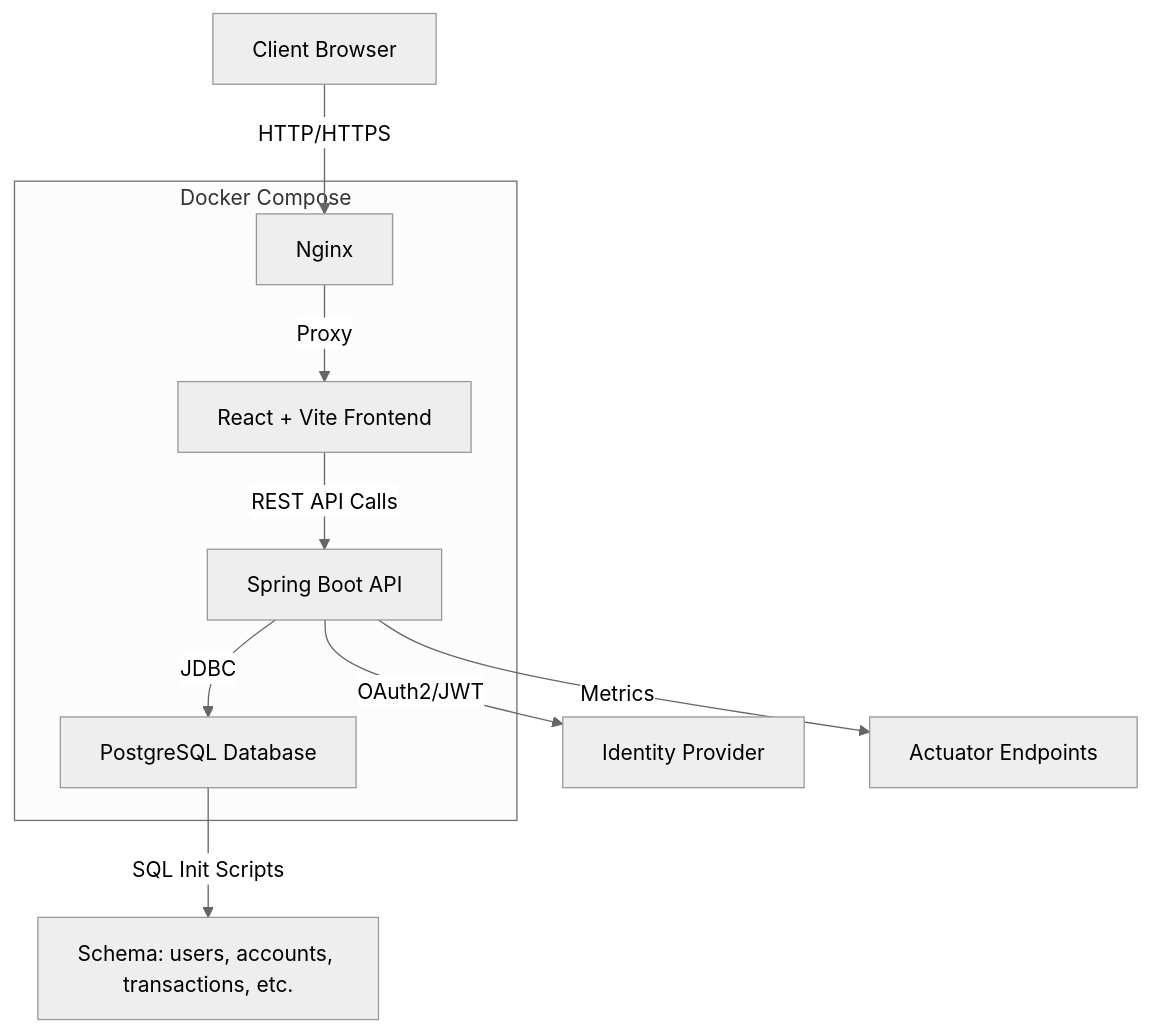
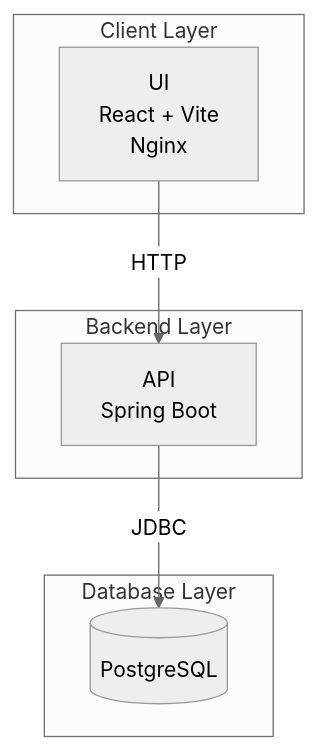
The diagram in README.markdown (bimishra/personal-finance-app), drawn with Mermaid (neutral theme) before and after one commit.

````diff
--- a/README.markdown
+++ b/README.markdown
@@ -46,17 +46,18 @@
 ```mermaid
-graph TD
-    A[Client Browser] -->|HTTP/HTTPS| B[Nginx]
-    B -->|Proxy| C[React + Vite Frontend]
-    C -->|REST API Calls| D[Spring Boot API]
-    D -->|JDBC| E[PostgreSQL Database]
-    D -->|OAuth2/JWT| F[Identity Provider]
-    D -->|Metrics| G[Actuator Endpoints]
-    E -->|SQL Init Scripts| H[Schema: users, accounts, transactions, etc.]
+flowchart TD
+    subgraph Client [Client Layer]
+        UI[UI<br/>React + Vite<br/>Nginx]
+    end
 
-    subgraph Docker Compose
-        B
-        C
-        D
-        E
+    subgraph Backend [Backend Layer]
+        API[API<br/>Spring Boot]
     end
+
+    subgraph Database [Database Layer]
+        DB[(PostgreSQL)]
+    end
+
+    UI -->|HTTP| API
+    API -->|JDBC| DB
+
 ```
````
